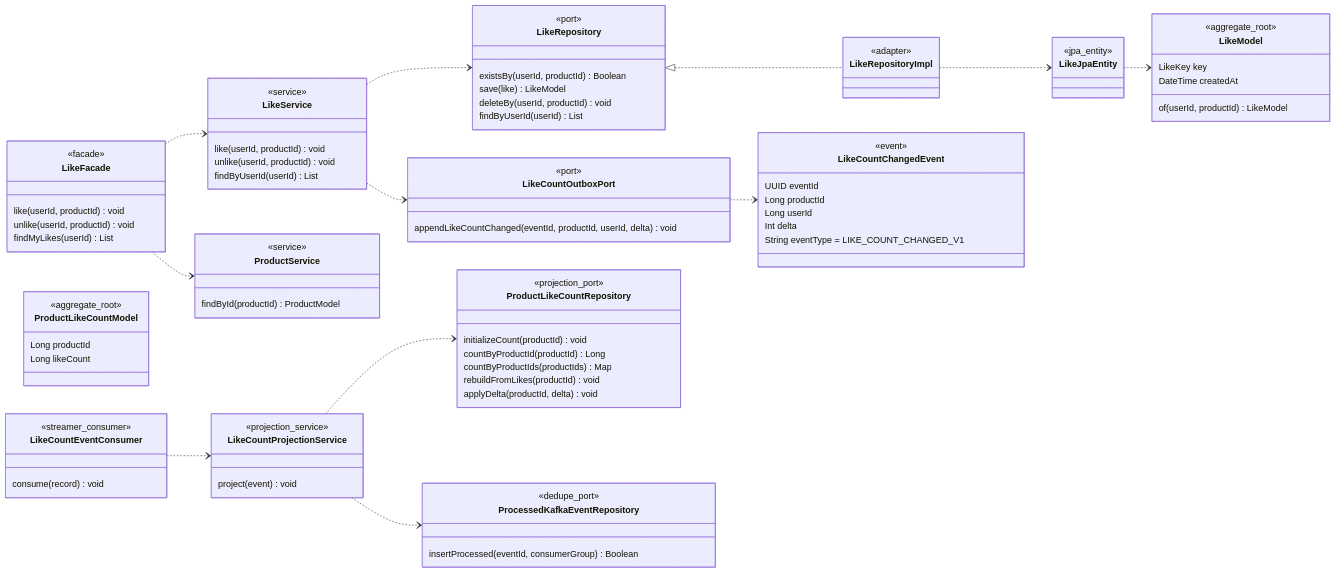
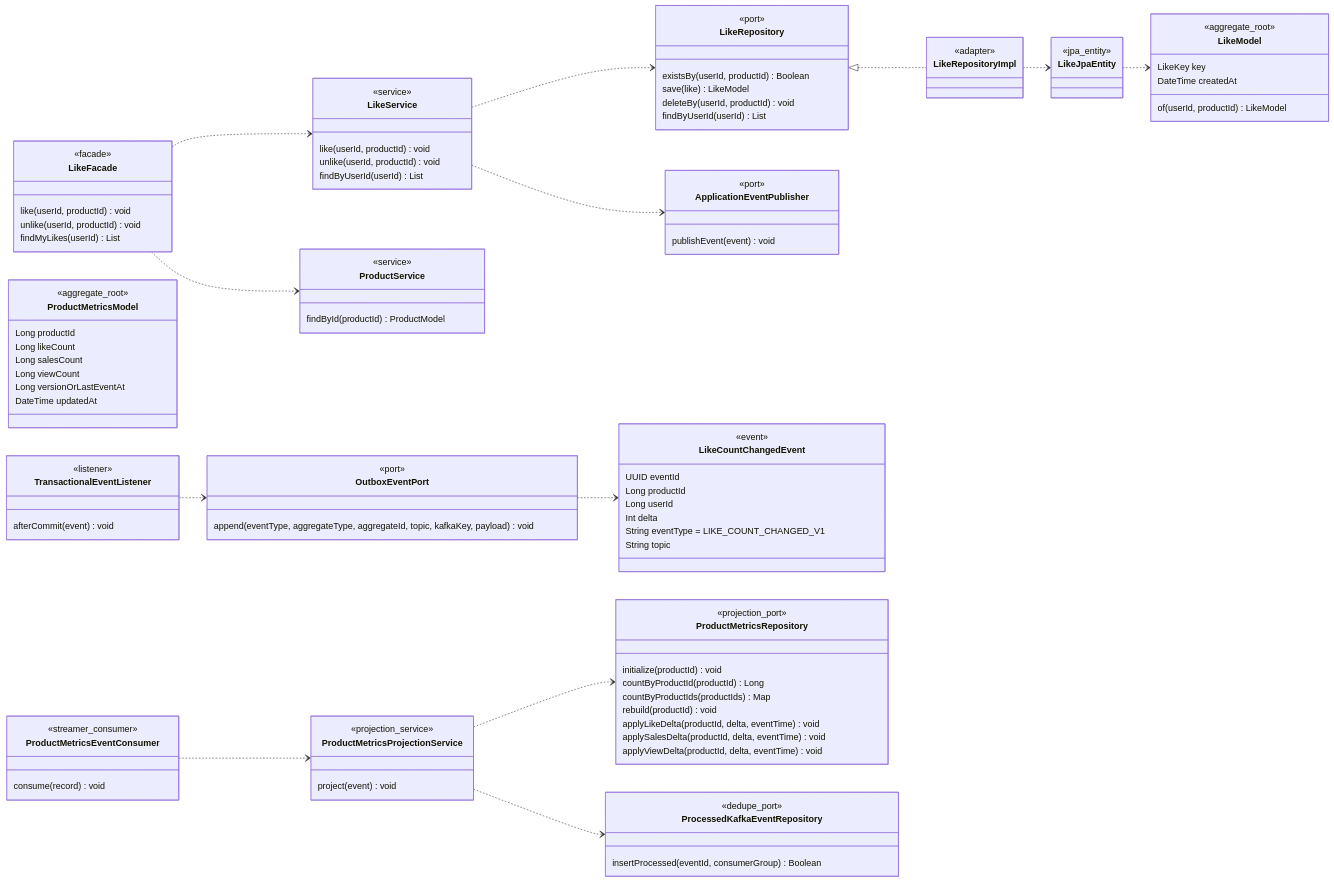
Before and after one commit to loopers-labs/loop-pack-be-l2-vol4-kotlin: the fifth of 10 diagrams in docs/design/03-class-diagram.md, drawn with Mermaid. The commit also changed other lines of this file and 120 other files, not shown here.

```diff
--- a/docs/design/03-class-diagram.md
+++ b/docs/design/03-class-diagram.md
@@ -514,15 +515,29 @@
         <<jpa_entity>>
     }
 
-    class ProductLikeCountModel {
+    class ProductMetricsModel {
         <<aggregate_root>>
         Long productId
         Long likeCount
+        Long salesCount
+        Long viewCount
+        Long versionOrLastEventAt
+        DateTime updatedAt
     }
 
-    class LikeCountOutboxPort {
+    class ApplicationEventPublisher {
         <<port>>
-        appendLikeCountChanged(eventId, productId, userId, delta) void
+        publishEvent(event) void
+    }
+
+    class TransactionalEventListener {
+        <<listener>>
+        afterCommit(event) void
+    }
+
+    class OutboxEventPort {
+        <<port>>
+        append(eventType, aggregateType, aggregateId, topic, kafkaKey, payload) void
     }
 
     class LikeCountChangedEvent {
@@ -532,23 +547,26 @@
         Long userId
         Int delta
         String eventType = LIKE_COUNT_CHANGED_V1
+        String topic
     }
 
-    class ProductLikeCountRepository {
+    class ProductMetricsRepository {
         <<projection_port>>
-        initializeCount(productId) void
+        initialize(productId) void
         countByProductId(productId) Long
         countByProductIds(productIds) Map
-        rebuildFromLikes(productId) void
-        applyDelta(productId, delta) void
+        rebuild(productId) void
+        applyLikeDelta(productId, delta, eventTime) void
+        applySalesDelta(productId, delta, eventTime) void
+        applyViewDelta(productId, delta, eventTime) void
     }
 
-    class LikeCountEventConsumer {
+    class ProductMetricsEventConsumer {
         <<streamer_consumer>>
         consume(record) void
     }
 
-    class LikeCountProjectionService {
+    class ProductMetricsProjectionService {
         <<projection_service>>
         project(event) void
     }
@@ -561,11 +579,12 @@
     LikeFacade ..> ProductService
     LikeFacade ..> LikeService
     LikeService ..> LikeRepository
-    LikeService ..> LikeCountOutboxPort
-    LikeCountOutboxPort ..> LikeCountChangedEvent
-    LikeCountEventConsumer ..> LikeCountProjectionService
-    LikeCountProjectionService ..> ProductLikeCountRepository
-    LikeCountProjectionService ..> ProcessedKafkaEventRepository
+    LikeService ..> ApplicationEventPublisher
+    TransactionalEventListener ..> OutboxEventPort
+    OutboxEventPort ..> LikeCountChangedEvent
+    ProductMetricsEventConsumer ..> ProductMetricsProjectionService
+    ProductMetricsProjectionService ..> ProductMetricsRepository
+    ProductMetricsProjectionService ..> ProcessedKafkaEventRepository
     LikeRepository <|.. LikeRepositoryImpl
     LikeRepositoryImpl ..> LikeJpaEntity
     LikeJpaEntity ..> LikeModel
```
